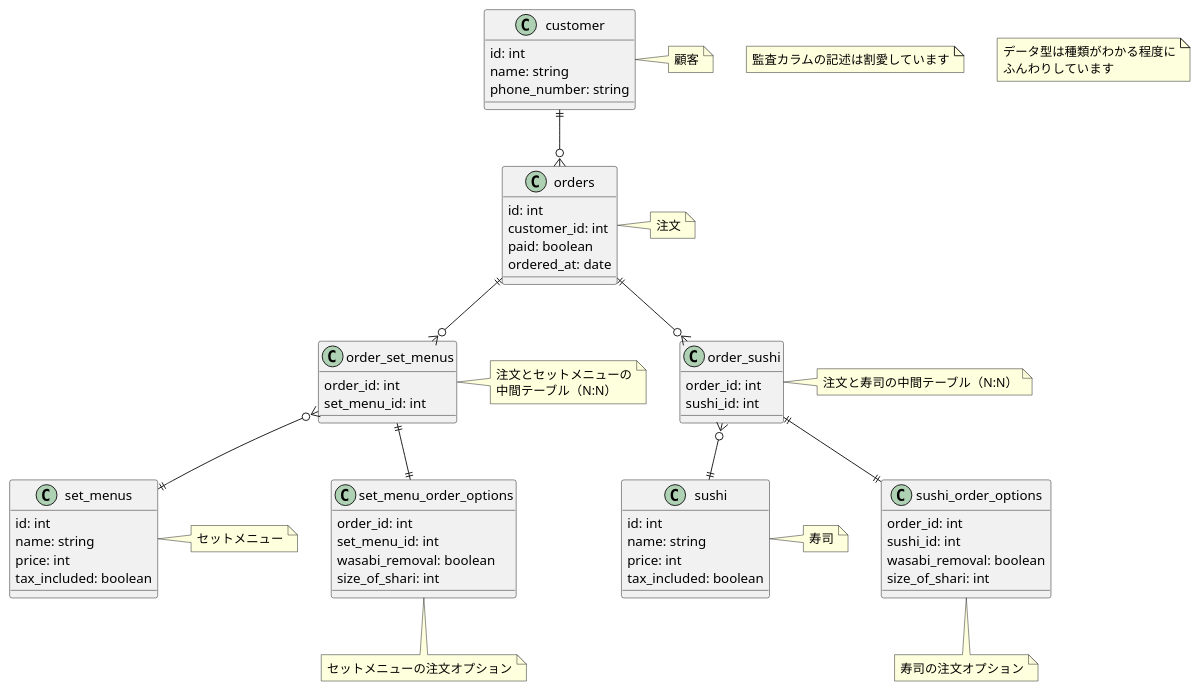
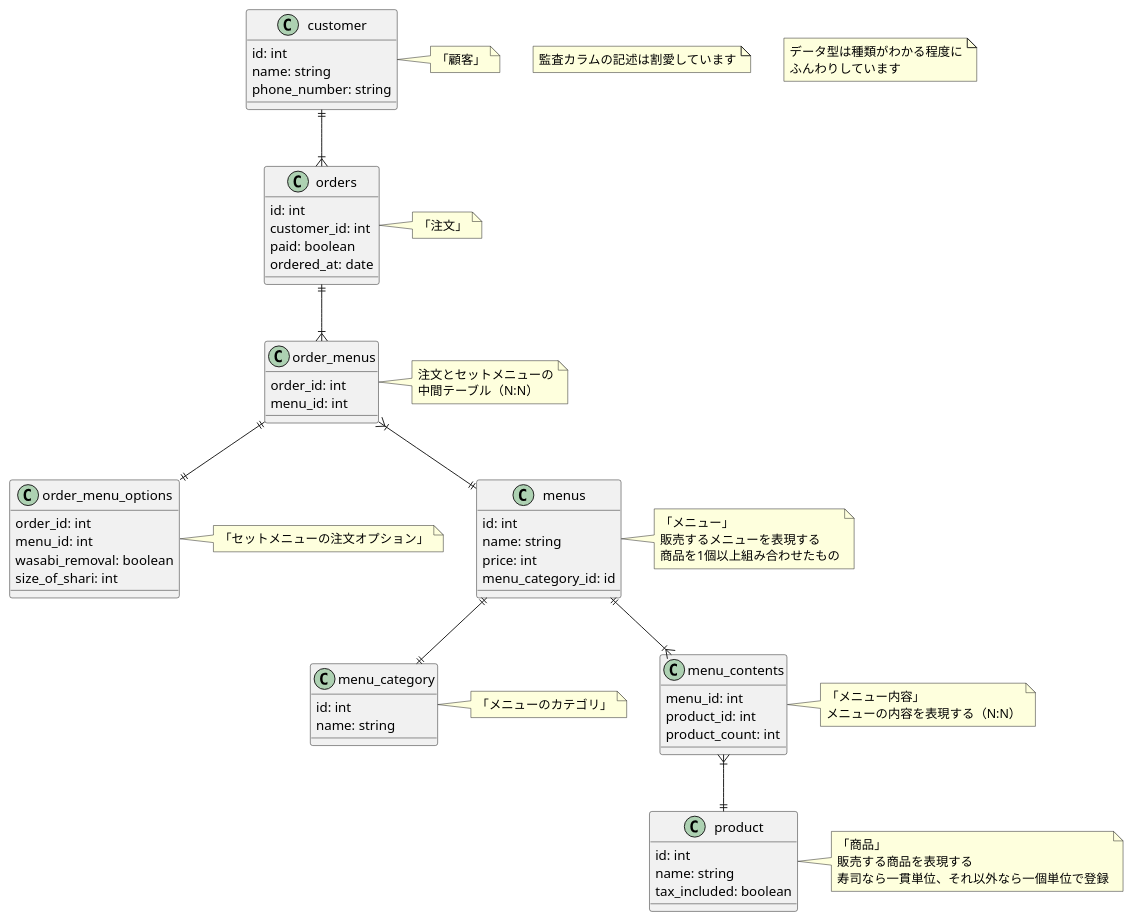
The diagram in db/db-modeling-1/sushi_order.puml (HitoroOhria/praha-challenge), drawn with PlantUML before and after one commit. The commit also changed 1 other file, not shown here.

Commit message:
テーブル構成を「メニュー」と「商品」に分ける形に変更

```diff
--- a/db/db-modeling-1/sushi_order.puml
+++ b/db/db-modeling-1/sushi_order.puml
@@ -1,74 +1,72 @@
 @startuml
 'https://plantuml.com/class-diagram
 
 note "監査カラムの記述は割愛しています" as n1
 note "データ型は種類がわかる程度に\nふんわりしています" as n2
 
 class customer {
   id: int
   name: string
   phone_number: string
 }
-note right: 顧客
+note right: 「顧客」
 
 class orders {
   id: int
   customer_id: int
   paid: boolean
   ordered_at: date
 }
-note right: 注文
+note right: 「注文」
 
-class order_set_menus {
+class order_menus {
   order_id: int
-  set_menu_id: int
+  menu_id: int
 }
 note right: 注文とセットメニューの\n中間テーブル（N:N）
 
-class order_sushi {
+class order_menu_options {
   order_id: int
-  sushi_id: int
-}
-note right: 注文と寿司の中間テーブル（N:N）
-
-class set_menu_order_options {
-  order_id: int
-  set_menu_id: int
+  menu_id: int
   wasabi_removal: boolean
   size_of_shari: int
 }
-note bottom: セットメニューの注文オプション
+note right: 「セットメニューの注文オプション」
 
-class sushi_order_options {
-  order_id: int
-  sushi_id: int
-  wasabi_removal: boolean
-  size_of_shari: int
-}
-note bottom: 寿司の注文オプション
-
-class set_menus {
+class menus {
   id: int
   name: string
   price: int
+  menu_category_id: id
+}
+note right: 「メニュー」\n販売するメニューを表現する\n商品を1個以上組み合わせたもの
+
+class menu_category {
+  id: int
+  name: string
+}
+note right: 「メニューのカテゴリ」
+
+class menu_contents {
+  menu_id: int
+  product_id: int
+  product_count: int
+}
+note right: 「メニュー内容」\nメニューの内容を表現する（N:N）
+
+class product {
+  id: int
+  name: string
   tax_included: boolean
 }
-note right: セットメニュー
+note right: 「商品」\n販売する商品を表現する\n寿司なら一貫単位、それ以外なら一個単位で登録
 
-class sushi {
-  id: int
-  name: string
-  price: int
-  tax_included: boolean
-}
-note right: 寿司
-
-customer ||--o{ orders
-orders ||--o{ order_set_menus
-orders ||--o{ order_sushi
-order_set_menus }o--|| set_menus
-order_sushi }o--|| sushi
-order_set_menus ||--|| set_menu_order_options
-order_sushi ||--|| sushi_order_options
+customer ||--|{ orders
+orders ||--|{ order_menus
+order_menus ||--|| order_menu_options
+order_menus }|--|| menus
+menus ||--|{ menu_contents
+menus ||--|| menu_category
+menu_contents }|--|| product
 
 @enduml
```
